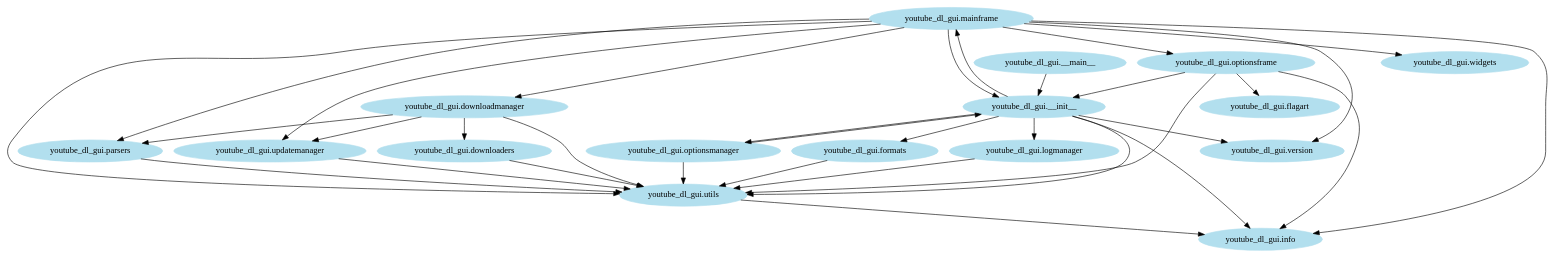
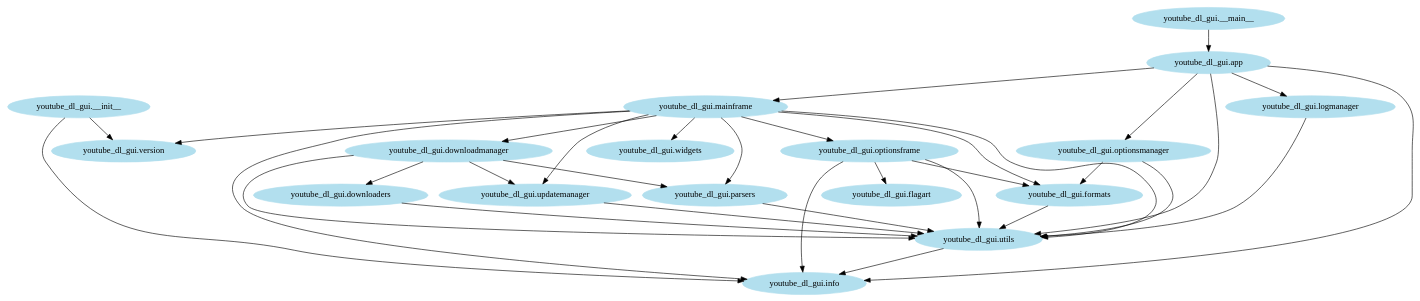
One commit to yt-dlg/yt-dlg changed the diagram in docs/youtube_dl_gui.dot. Above: the diagram before and after it, drawn with Graphviz. The commit also changed 12 other files, not shown here.

```diff
--- a/docs/youtube_dl_gui.dot
+++ b/docs/youtube_dl_gui.dot
@@ -1,38 +1,38 @@
 digraph "" {
 	node [color=lightblue2,
 		style=filled
 	];
+	"youtube_dl_gui.app" -> "youtube_dl_gui.info";
+	"youtube_dl_gui.app" -> "youtube_dl_gui.logmanager";
+	"youtube_dl_gui.app" -> "youtube_dl_gui.mainframe";
+	"youtube_dl_gui.app" -> "youtube_dl_gui.optionsmanager";
+	"youtube_dl_gui.app" -> "youtube_dl_gui.utils";
+	"youtube_dl_gui.logmanager" -> "youtube_dl_gui.utils";
+	"youtube_dl_gui.mainframe" -> "youtube_dl_gui.info";
+	"youtube_dl_gui.mainframe" -> "youtube_dl_gui.utils";
+	"youtube_dl_gui.mainframe" -> "youtube_dl_gui.downloadmanager";
+	"youtube_dl_gui.mainframe" -> "youtube_dl_gui.parsers";
+	"youtube_dl_gui.mainframe" -> "youtube_dl_gui.updatemanager";
+	"youtube_dl_gui.mainframe" -> "youtube_dl_gui.formats";
+	"youtube_dl_gui.mainframe" -> "youtube_dl_gui.optionsframe";
+	"youtube_dl_gui.mainframe" -> "youtube_dl_gui.version";
+	"youtube_dl_gui.mainframe" -> "youtube_dl_gui.widgets";
+	"youtube_dl_gui.optionsmanager" -> "youtube_dl_gui.utils";
+	"youtube_dl_gui.optionsmanager" -> "youtube_dl_gui.formats";
+	"youtube_dl_gui.utils" -> "youtube_dl_gui.info";
 	"youtube_dl_gui.downloaders" -> "youtube_dl_gui.utils";
-	"youtube_dl_gui.utils" -> "youtube_dl_gui.info";
+	"youtube_dl_gui.downloadmanager" -> "youtube_dl_gui.utils";
 	"youtube_dl_gui.downloadmanager" -> "youtube_dl_gui.downloaders";
-	"youtube_dl_gui.downloadmanager" -> "youtube_dl_gui.utils";
 	"youtube_dl_gui.downloadmanager" -> "youtube_dl_gui.parsers";
 	"youtube_dl_gui.downloadmanager" -> "youtube_dl_gui.updatemanager";
 	"youtube_dl_gui.parsers" -> "youtube_dl_gui.utils";
 	"youtube_dl_gui.updatemanager" -> "youtube_dl_gui.utils";
 	"youtube_dl_gui.formats" -> "youtube_dl_gui.utils";
-	"youtube_dl_gui.logmanager" -> "youtube_dl_gui.utils";
-	"youtube_dl_gui.mainframe" -> "youtube_dl_gui.utils";
-	"youtube_dl_gui.mainframe" -> "youtube_dl_gui.downloadmanager";
-	"youtube_dl_gui.mainframe" -> "youtube_dl_gui.parsers";
-	"youtube_dl_gui.mainframe" -> "youtube_dl_gui.updatemanager";
-	"youtube_dl_gui.mainframe" -> "youtube_dl_gui.__init__";
-	"youtube_dl_gui.mainframe" -> "youtube_dl_gui.info";
-	"youtube_dl_gui.mainframe" -> "youtube_dl_gui.optionsframe";
-	"youtube_dl_gui.mainframe" -> "youtube_dl_gui.version";
-	"youtube_dl_gui.mainframe" -> "youtube_dl_gui.widgets";
-	"youtube_dl_gui.__init__" -> "youtube_dl_gui.utils";
-	"youtube_dl_gui.__init__" -> "youtube_dl_gui.formats";
-	"youtube_dl_gui.__init__" -> "youtube_dl_gui.logmanager";
-	"youtube_dl_gui.__init__" -> "youtube_dl_gui.mainframe";
+	"youtube_dl_gui.optionsframe" -> "youtube_dl_gui.info";
+	"youtube_dl_gui.optionsframe" -> "youtube_dl_gui.utils";
+	"youtube_dl_gui.optionsframe" -> "youtube_dl_gui.formats";
+	"youtube_dl_gui.optionsframe" -> "youtube_dl_gui.flagart";
 	"youtube_dl_gui.__init__" -> "youtube_dl_gui.info";
 	"youtube_dl_gui.__init__" -> "youtube_dl_gui.version";
-	"youtube_dl_gui.__init__" -> "youtube_dl_gui.optionsmanager";
-	"youtube_dl_gui.optionsframe" -> "youtube_dl_gui.utils";
-	"youtube_dl_gui.optionsframe" -> "youtube_dl_gui.__init__";
-	"youtube_dl_gui.optionsframe" -> "youtube_dl_gui.info";
-	"youtube_dl_gui.optionsframe" -> "youtube_dl_gui.flagart";
-	"youtube_dl_gui.optionsmanager" -> "youtube_dl_gui.utils";
-	"youtube_dl_gui.optionsmanager" -> "youtube_dl_gui.__init__";
-	"youtube_dl_gui.__main__" -> "youtube_dl_gui.__init__";
+	"youtube_dl_gui.__main__" -> "youtube_dl_gui.app";
 }
```
